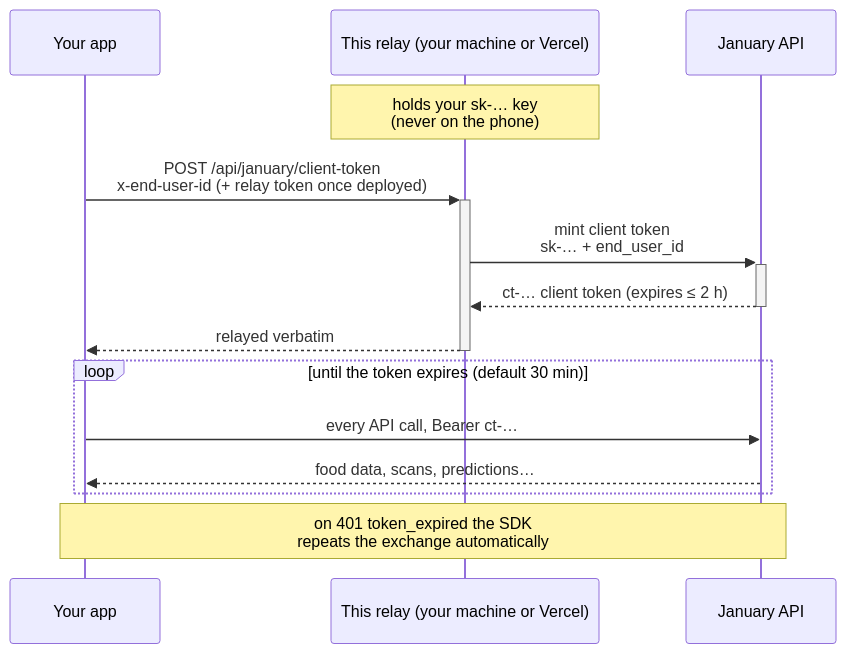
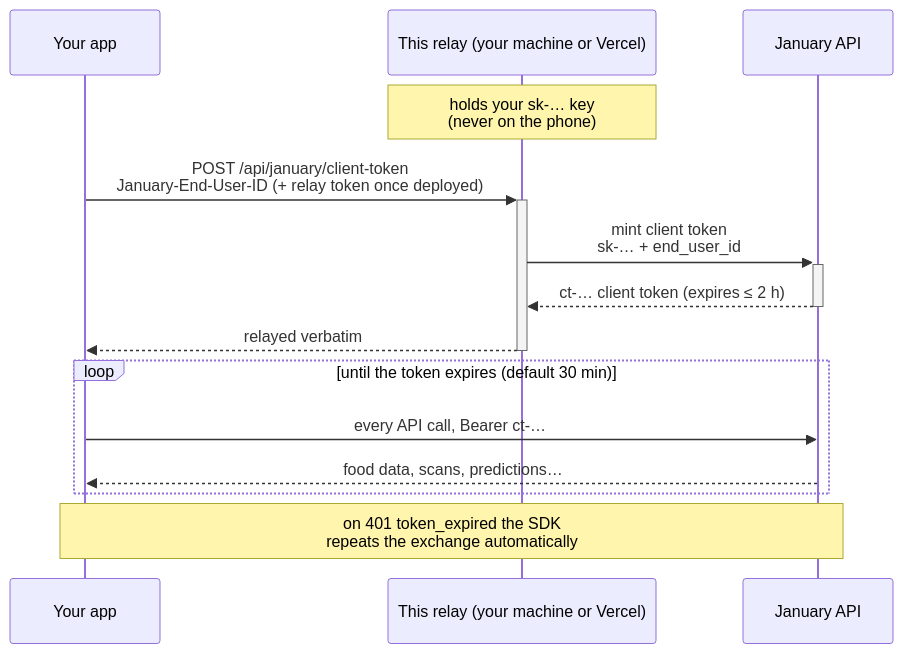
One commit to January-ai/january-token-relay changed the diagram in README.md. Above: the diagram before and after it, drawn with Mermaid. The commit also changed other lines of this file and 9 other files, not shown here.

First line of the commit message:
Align the token relay with client SDK quick starts (#8)

````diff
--- a/README.md
+++ b/README.md
@@ -48,20 +45,20 @@
 ```mermaid
 sequenceDiagram
     participant App as Your app
     participant Relay as This relay (your machine or Vercel)
     participant January as January API
 
     Note over Relay: holds your sk-… key<br/>(never on the phone)
 
-    App->>+Relay: POST /api/january/client-token<br/>x-end-user-id (+ relay token once deployed)
+    App->>+Relay: POST /api/january/client-token<br/>January-End-User-ID (+ relay token once deployed)
     Relay->>+January: mint client token<br/>sk-… + end_user_id
     January-->>-Relay: ct-… client token (expires ≤ 2 h)
     Relay-->>-App: relayed verbatim
 
     loop until the token expires (default 30 min)
         App->>January: every API call, Bearer ct-…
         January-->>App: food data, scans, predictions…
     end
 
     Note over App,January: on 401 token_expired the SDK<br/>repeats the exchange automatically
 ```
````
